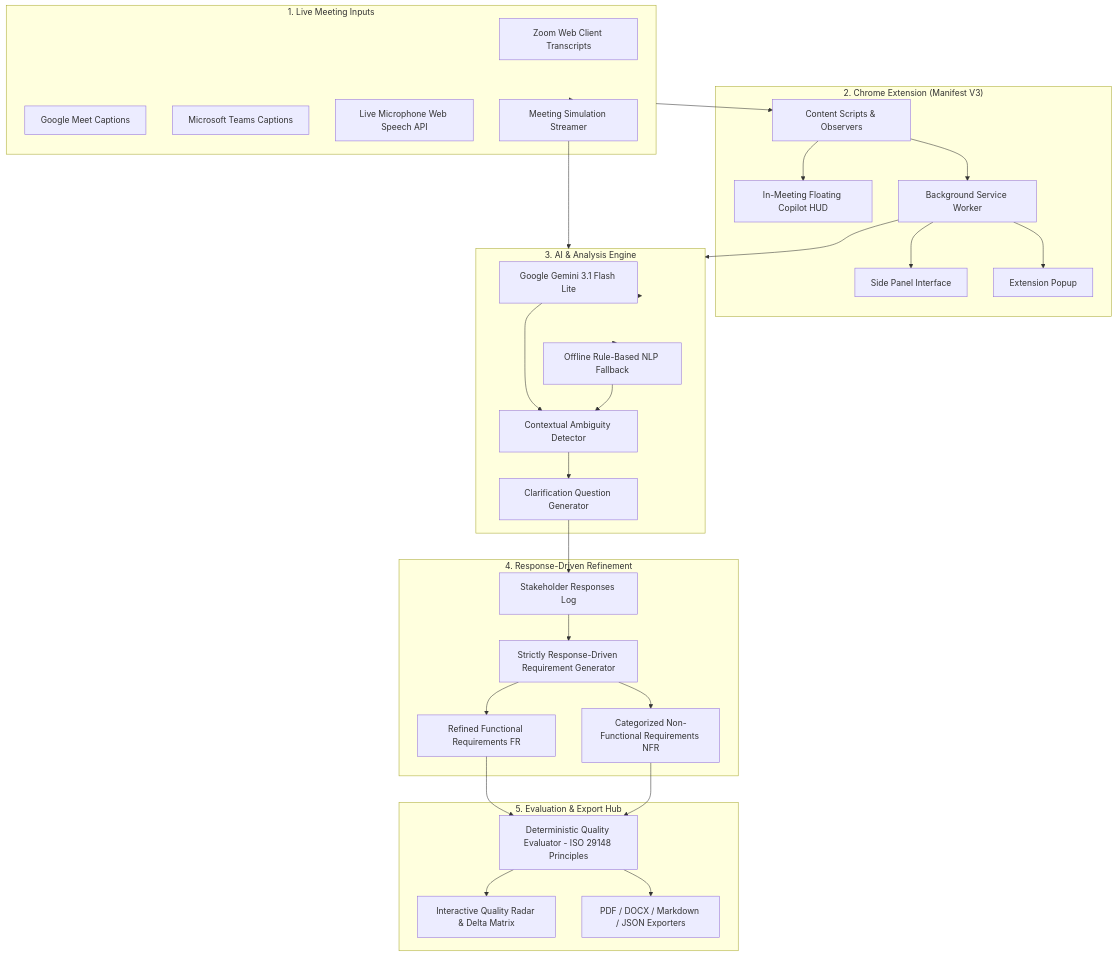
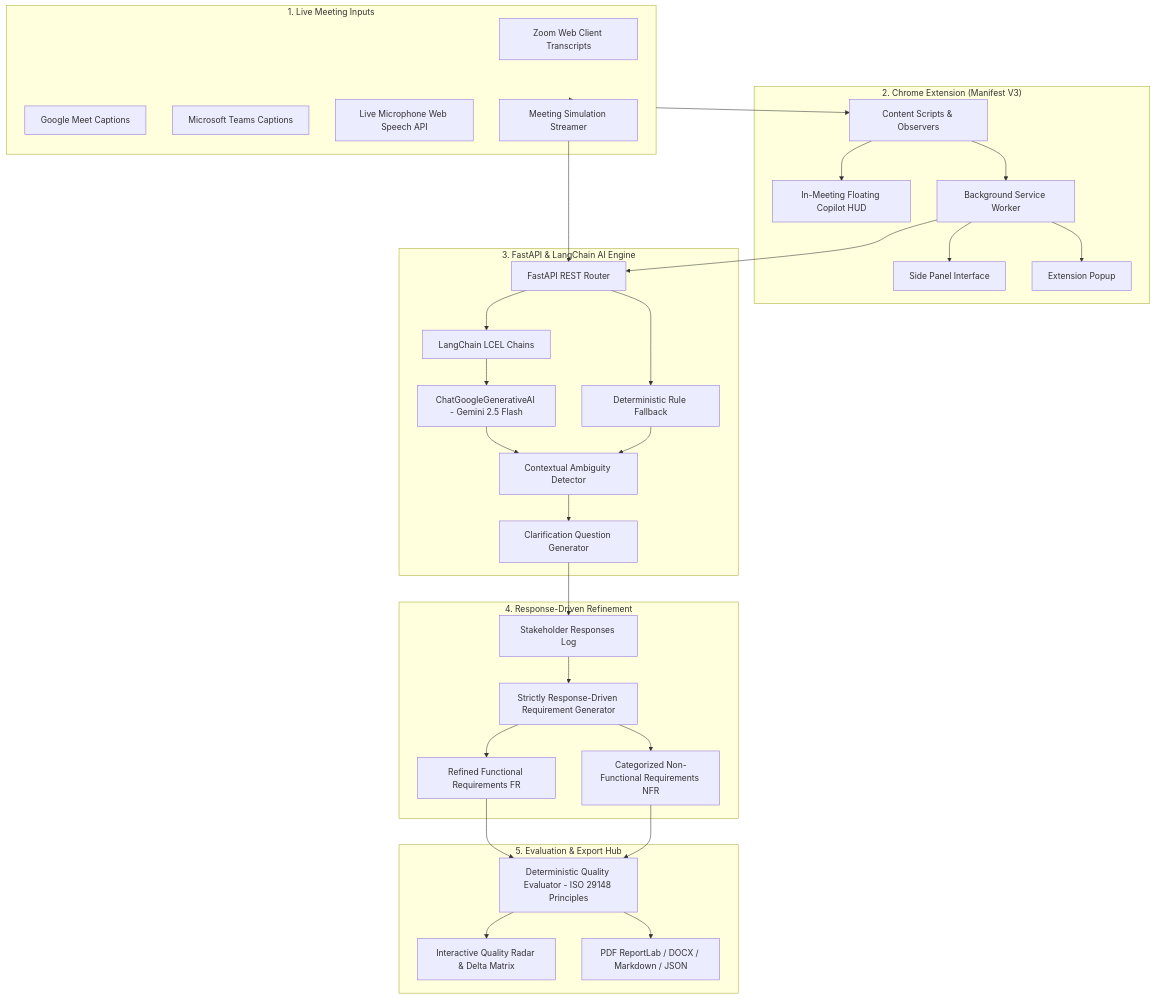
Before and after one commit to Neel7780/AI-Powered-Chrome-Extension-for-Real-Time-Requirement-Analysis: the diagram in README.md, drawn with Mermaid. The commit also changed other lines of this file and 55 other files, not shown here.

Commit message:
Migrate backend to FastAPI and LangChain LCEL pipelines (Lab 2 & Lab 3 architecture)

````diff
--- a/README.md
+++ b/README.md
@@ -23,62 +29,65 @@
 ```mermaid
 flowchart TB
     subgraph LiveMeeting["1. Live Meeting Inputs"]
         Z[Zoom Web Client Transcripts]
         M[Google Meet Captions]
         T[Microsoft Teams Captions]
         MIC[Live Microphone Web Speech API]
         SIM[Meeting Simulation Streamer]
     end
 
     subgraph Extension["2. Chrome Extension (Manifest V3)"]
         CS[Content Scripts & Observers]
         HUD[In-Meeting Floating Copilot HUD]
         SW[Background Service Worker]
         SP[Side Panel Interface]
         POP[Extension Popup]
     end
 
-    subgraph BackendAI["3. AI & Analysis Engine"]
-        LLM[Google Gemini 3.1 Flash Lite]
-        NLP[Offline Rule-Based NLP Fallback]
+    subgraph FastAPIBackend["3. FastAPI & LangChain AI Engine"]
+        API[FastAPI REST Router]
+        LC[LangChain LCEL Chains]
+        GEM[ChatGoogleGenerativeAI - Gemini 2.5 Flash]
+        NLP[Deterministic Rule Fallback]
         AD[Contextual Ambiguity Detector]
         QG[Clarification Question Generator]
     end
 
     subgraph RefinementEngine["4. Response-Driven Refinement"]
         SH[Stakeholder Responses Log]
         RG[Strictly Response-Driven Requirement Generator]
         FR[Refined Functional Requirements FR]
         NFR[Categorized Non-Functional Requirements NFR]
     end
 
     subgraph EvaluationExport["5. Evaluation & Export Hub"]
         QE[Deterministic Quality Evaluator - ISO 29148 Principles]
         RADAR[Interactive Quality Radar & Delta Matrix]
-        EXP[PDF / DOCX / Markdown / JSON Exporters]
+        EXP[PDF ReportLab / DOCX / Markdown / JSON]
     end
 
     LiveMeeting --> CS
     LiveMeeting --> SIM
     CS --> HUD
     CS --> SW
     SW --> SP
     SW --> POP
 
-    SIM --> BackendAI
-    SW --> BackendAI
+    SIM --> API
+    SW --> API
 
-    BackendAI --> LLM
-    BackendAI --> NLP
-    LLM --> AD
+    API --> LC
+    LC --> GEM
+    API --> NLP
+    GEM --> AD
     NLP --> AD
     AD --> QG
     QG --> SH
     SH --> RG
     RG --> FR
     RG --> NFR
     FR --> QE
     NFR --> QE
     QE --> RADAR
     QE --> EXP
 ```
````
